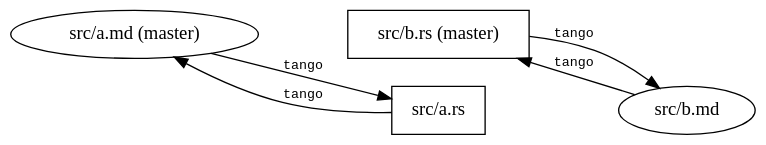
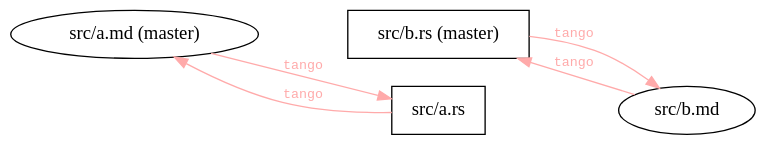
The third of 6 diagrams in src/slides.md (pnkfelix/tango-demo), drawn with Graphviz before and after one commit. The commit also changed other lines of this file, not shown here.

````diff
--- a/src/slides.md
+++ b/src/slides.md
@@ -127,22 +182,23 @@
 ```dot
 digraph tango_lp {
+    edge[color="#FFAAAA",fontcolor="#FFAAAA"];
     rankdir="LR";
     bgcolor="transparent";
     node [style="filled",fillcolor="#FFFFFF"];
 
     subgraph master {
         rankdir="TB";
         a_md [label="src/a.md (master)"]
         b_rs [label="src/b.rs (master)",shape="rect"]
     }
 
     a_rs [label="src/a.rs",shape="rect"]
     b_md [label="src/b.md"]
 
     a_md -> b_rs [style="invis",weight=100];
     a_rs -> b_md [style="invis",weight=100];
     edge [fontname="Monospace",fontsize="10"];
     a_md -> a_rs -> a_md [label="tango"];
     b_rs -> b_md -> b_rs [label="tango"];
 }
 ```
````
